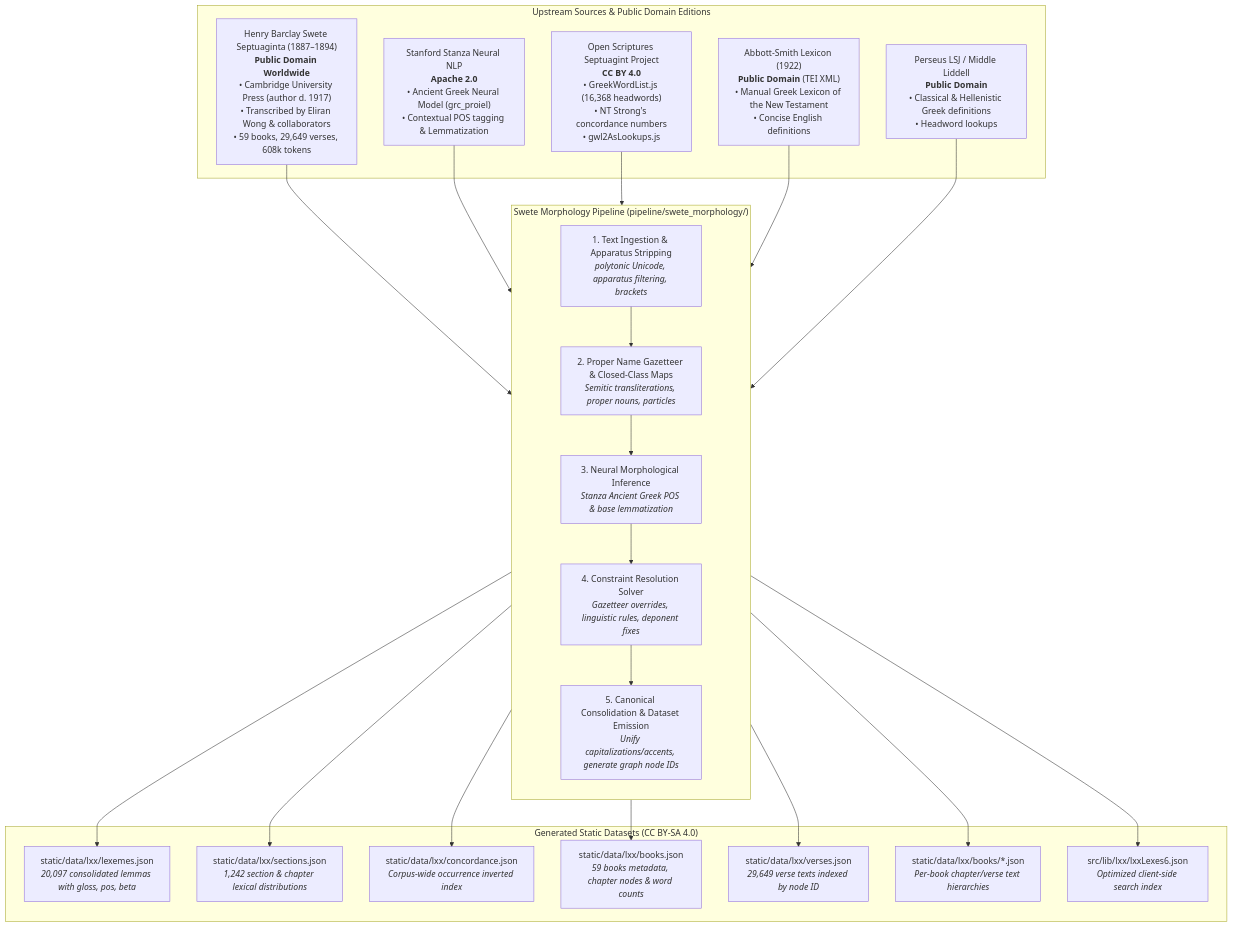
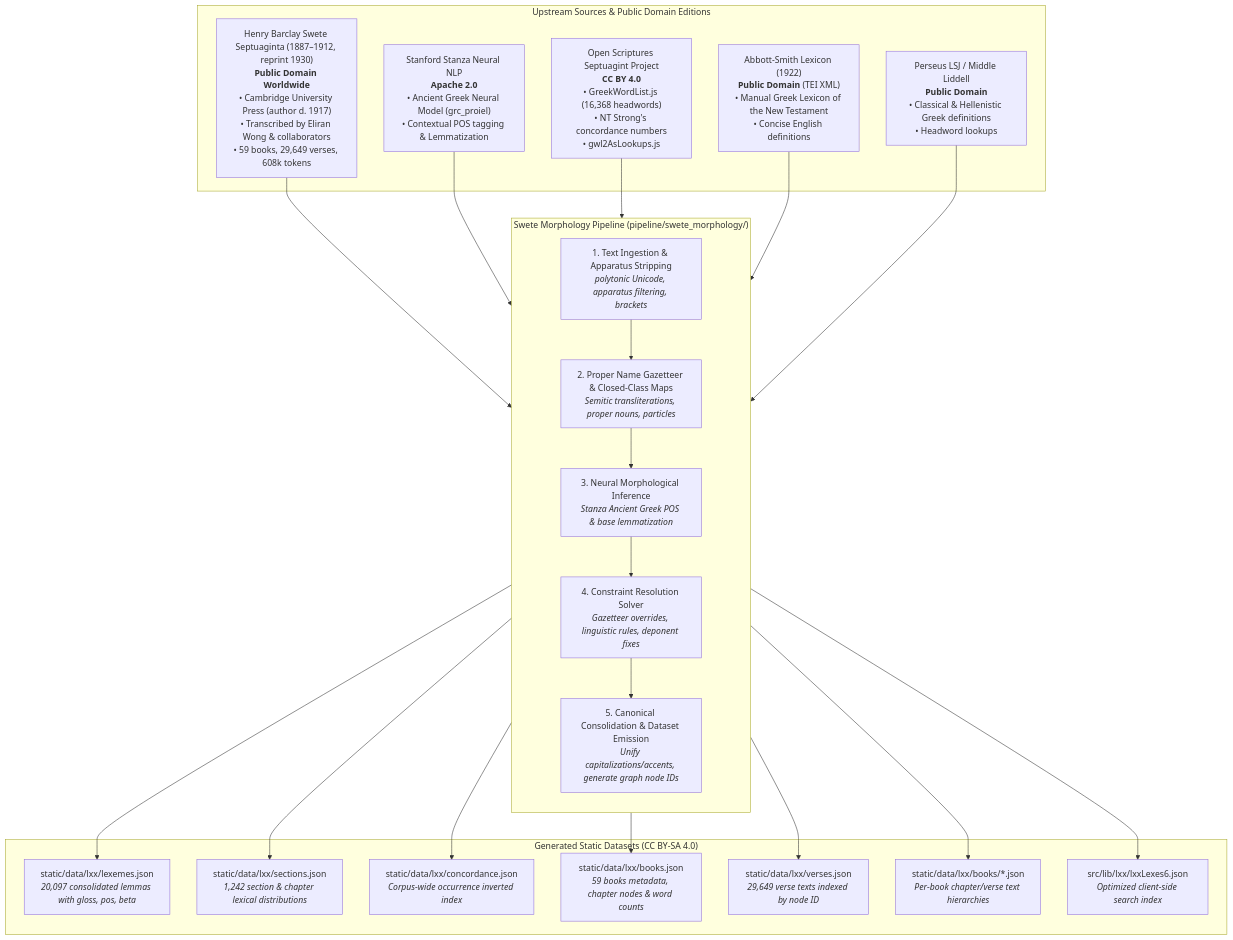
The diagram in README.md (cbop-dev/biblical-lexeme-explorer), drawn with Mermaid before and after one commit. The commit also changed other lines of this file and 8 other files, not shown here.

````diff
--- a/README.md
+++ b/README.md
@@ -15,52 +15,52 @@
 ```mermaid
 graph TD
     subgraph Upstream_Sources ["Upstream Sources & Public Domain Editions"]
-        SWETE_TEXT["Henry Barclay Swete Septuaginta (1887–1894)<br/><b>Public Domain Worldwide</b><br/>• Cambridge University Press (author d. 1917)<br/>• Transcribed by Eliran Wong & collaborators<br/>• 59 books, 29,649 verses, 608k tokens"]
+        SWETE_TEXT["Henry Barclay Swete Septuaginta (1887–1912, reprint 1930)<br/><b>Public Domain Worldwide</b><br/>• Cambridge University Press (author d. 1917)<br/>• Transcribed by Eliran Wong & collaborators<br/>• 59 books, 29,649 verses, 608k tokens"]
         
         STANZA_NLP["Stanford Stanza Neural NLP<br/><b>Apache 2.0</b><br/>• Ancient Greek Neural Model (grc_proiel)<br/>• Contextual POS tagging & Lemmatization"]
         
         OS_RESOURCES["Open Scriptures Septuagint Project<br/><b>CC BY 4.0</b><br/>• GreekWordList.js (16,368 headwords)<br/>• NT Strong's concordance numbers<br/>• gwl2AsLookups.js"]
         
         AS_LEX["Abbott-Smith Lexicon (1922)<br/><b>Public Domain</b> (TEI XML)<br/>• Manual Greek Lexicon of the New Testament<br/>• Concise English definitions"]
         
         LSJ_DICT["Perseus LSJ / Middle Liddell<br/><b>Public Domain</b><br/>• Classical & Hellenistic Greek definitions<br/>• Headword lookups"]
     end
 
     subgraph ETL_Pipeline ["Swete Morphology Pipeline (pipeline/swete_morphology/)"]
         direction TB
         STAGE1["1. Text Ingestion & Apparatus Stripping<br/><i>polytonic Unicode, apparatus filtering, brackets</i>"]
         STAGE2["2. Proper Name Gazetteer & Closed-Class Maps<br/><i>Semitic transliterations, proper nouns, particles</i>"]
         STAGE4["3. Neural Morphological Inference<br/><i>Stanza Ancient Greek POS & base lemmatization</i>"]
         STAGE5["4. Constraint Resolution Solver<br/><i>Gazetteer overrides, linguistic rules, deponent fixes</i>"]
         STAGE8["5. Canonical Consolidation & Dataset Emission<br/><i>Unify capitalizations/accents, generate graph node IDs</i>"]
         
         STAGE1 --> STAGE2
         STAGE2 --> STAGE4
         STAGE4 --> STAGE5
         STAGE5 --> STAGE8
     end
 
     subgraph Generated_Artifacts ["Generated Static Datasets (CC BY-SA 4.0)"]
         LEXEMES["static/data/lxx/lexemes.json<br/><i>20,097 consolidated lemmas with gloss, pos, beta</i>"]
         SECTIONS["static/data/lxx/sections.json<br/><i>1,242 section & chapter lexical distributions</i>"]
         CONCORDANCE["static/data/lxx/concordance.json<br/><i>Corpus-wide occurrence inverted index</i>"]
         BOOKS["static/data/lxx/books.json<br/><i>59 books metadata, chapter nodes & word counts</i>"]
         VERSES["static/data/lxx/verses.json<br/><i>29,649 verse texts indexed by node ID</i>"]
         BOOK_CHAPTERS["static/data/lxx/books/*.json<br/><i>Per-book chapter/verse text hierarchies</i>"]
         CLIENT_SEARCH["src/lib/lxx/lxxLexes6.json<br/><i>Optimized client-side search index</i>"]
     end
 
     SWETE_TEXT --> STAGE1
     STANZA_NLP --> STAGE4
     OS_RESOURCES --> STAGE8
     AS_LEX --> STAGE8
     LSJ_DICT --> STAGE8
 
     STAGE8 --> LEXEMES
     STAGE8 --> SECTIONS
     STAGE8 --> CONCORDANCE
     STAGE8 --> BOOKS
     STAGE8 --> VERSES
     STAGE8 --> BOOK_CHAPTERS
     STAGE8 --> CLIENT_SEARCH
 ```
````
